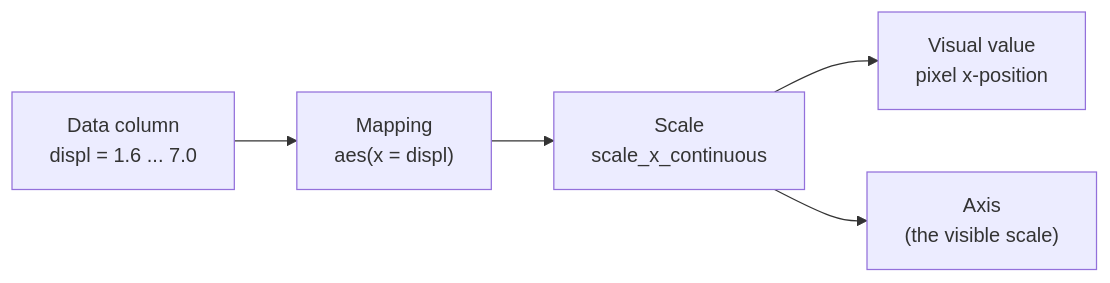
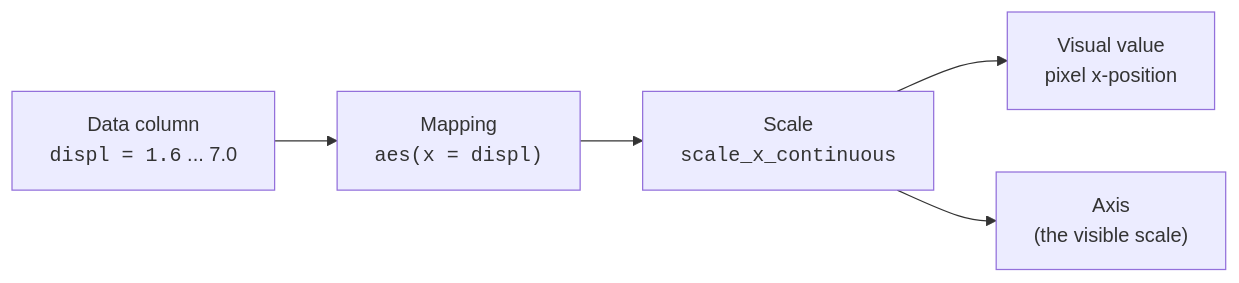
The diagram in content/learn/mastering-ggplot2/what-scales-do.mdx (dataslope/dataslope), drawn with Mermaid before and after one commit. The commit also changed 218 other files, not shown here.

First line of the commit message:
Render code-only mermaid shapes in monospace; convert step sequences to Steps (#467)

````diff
--- a/content/learn/mastering-ggplot2/what-scales-do.mdx
+++ b/content/learn/mastering-ggplot2/what-scales-do.mdx
@@ -17,7 +17,7 @@
 ```mermaid
 flowchart LR
-    COL["Data column<br/>displ = 1.6 ... 7.0"] --> MAP["Mapping<br/>aes(x = displ)"]
-    MAP --> SCALE["Scale<br/>scale_x_continuous"]
+    COL["Data column<br/><code>displ = 1.6</code> ... 7.0"] --> MAP["Mapping<br/><code>aes(x = displ)</code>"]
+    MAP --> SCALE["Scale<br/><code>scale_x_continuous</code>"]
     SCALE --> PIX["Visual value<br/>pixel x-position"]
     SCALE --> AXIS["Axis<br/>(the visible scale)"]
 ```
````
